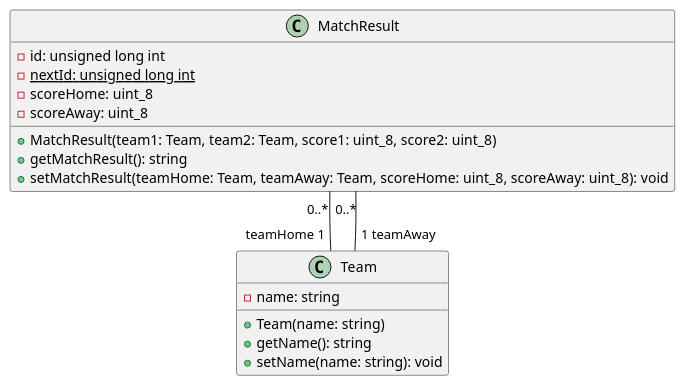
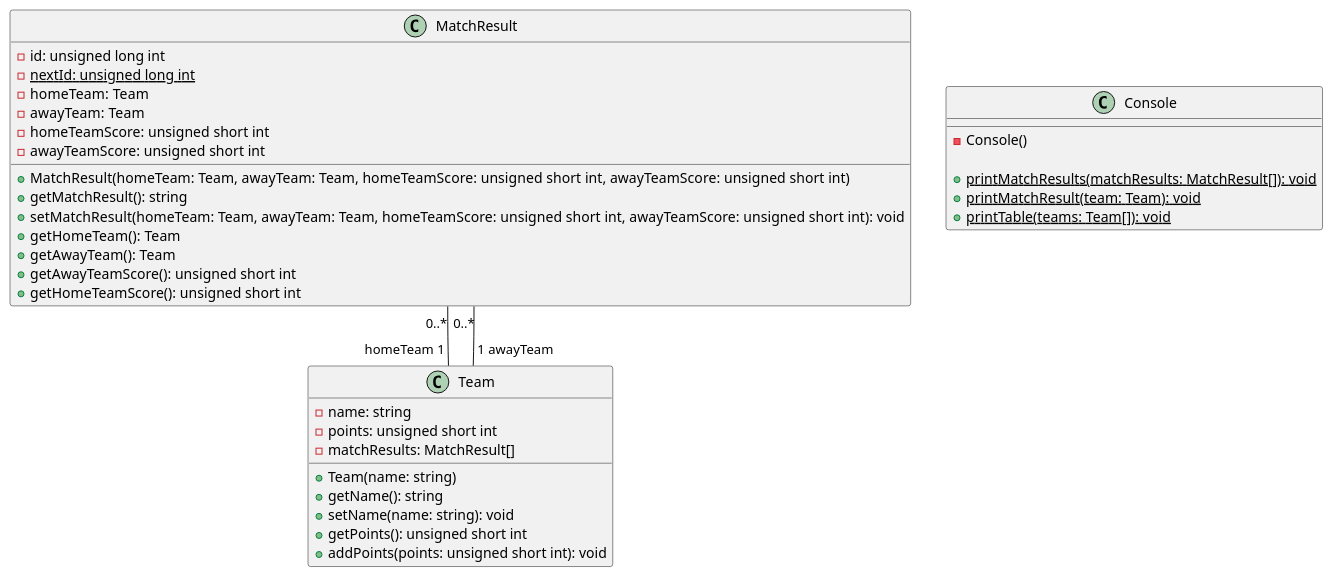
One commit to viniciusmioto/finta changed the diagram in project/init-classes.puml. Above: the diagram before and after it, drawn with PlantUML. The commit also changed 7 other files, not shown here.

```diff
--- a/project/init-classes.puml
+++ b/project/init-classes.puml
@@ -1,25 +1,43 @@
 @startuml name "finta"
 
 class MatchResult {
   - id: unsigned long int
   - {static} nextId: unsigned long int
-  - scoreHome: uint_8
-  - scoreAway: uint_8
+  - homeTeam: Team
+  - awayTeam: Team
+  - homeTeamScore: unsigned short int
+  - awayTeamScore: unsigned short int
 
-  + MatchResult(team1: Team, team2: Team, score1: uint_8, score2: uint_8)
+  + MatchResult(homeTeam: Team, awayTeam: Team, homeTeamScore: unsigned short int, awayTeamScore: unsigned short int)
   + getMatchResult(): string
-  + setMatchResult(teamHome: Team, teamAway: Team, scoreHome: uint_8, scoreAway: uint_8): void
+  + setMatchResult(homeTeam: Team, awayTeam: Team, homeTeamScore: unsigned short int, awayTeamScore: unsigned short int): void
+  + getHomeTeam(): Team
+  + getAwayTeam(): Team
+  + getAwayTeamScore(): unsigned short int
+  + getHomeTeamScore(): unsigned short int
 }
 
 class Team {
   - name: string
+  - points: unsigned short int
+  - matchResults: MatchResult[]
   
   + Team(name: string)
   + getName(): string
   + setName(name: string): void
+  + getPoints(): unsigned short int
+  + addPoints(points: unsigned short int): void
 }
 
-MatchResult "0..*" -- "teamHome 1" Team
-MatchResult "0..*" -- "1 teamAway" Team 
+class Console {
+  - Console()
+
+  + {static} printMatchResults(matchResults: MatchResult[]): void
+  + {static} printMatchResult(team: Team): void
+  + {static} printTable(teams: Team[]): void
+}
+
+MatchResult "0..*" -- "homeTeam 1" Team
+MatchResult "0..*" -- "1 awayTeam" Team 
 
 @enduml
```
